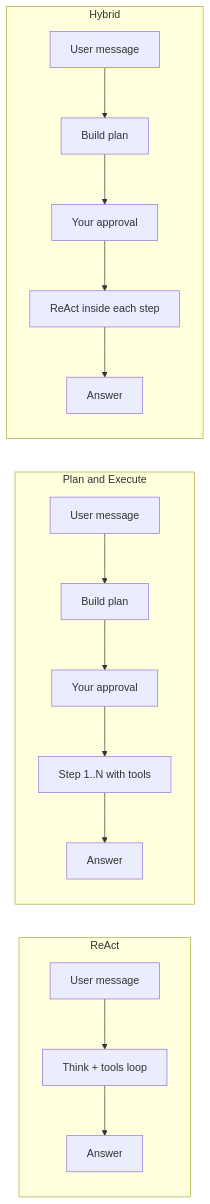
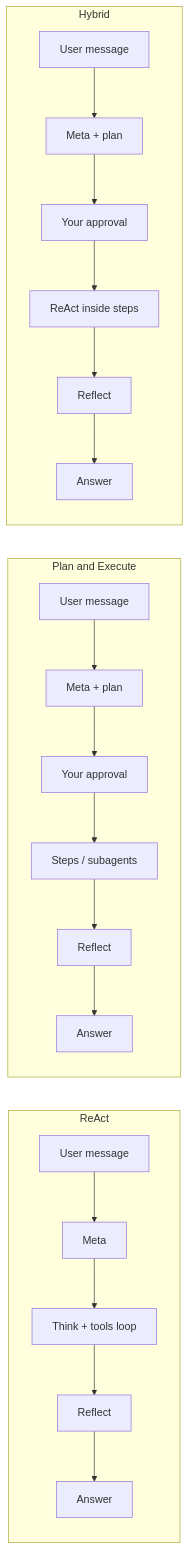
The diagram in docs/en/EXECUTION_MODES.md (javded-itres/Holix), drawn with Mermaid before and after one commit. The commit also changed other lines of this file and 88 other files, not shown here.

````diff
--- a/docs/en/EXECUTION_MODES.md
+++ b/docs/en/EXECUTION_MODES.md
@@ -27,21 +27,25 @@
 ```mermaid
 flowchart LR
   subgraph react [ReAct]
-    R1[User message] --> R2[Think + tools loop]
-    R2 --> R3[Answer]
+    R1[User message] --> R2[Meta]
+    R2 --> R3[Think + tools loop]
+    R3 --> R4[Reflect]
+    R4 --> R5[Answer]
   end
 
   subgraph plan [Plan and Execute]
-    P1[User message] --> P2[Build plan]
+    P1[User message] --> P2[Meta + plan]
     P2 --> P3[Your approval]
-    P3 --> P4[Step 1..N with tools]
-    P4 --> P5[Answer]
+    P3 --> P4[Steps / subagents]
+    P4 --> P5[Reflect]
+    P5 --> P6[Answer]
   end
 
   subgraph hybrid [Hybrid]
-    H1[User message] --> H2[Build plan]
+    H1[User message] --> H2[Meta + plan]
     H2 --> H3[Your approval]
-    H3 --> H4[ReAct inside each step]
-    H4 --> H5[Answer]
+    H3 --> H4[ReAct inside steps]
+    H4 --> H5[Reflect]
+    H5 --> H6[Answer]
   end
 ```
````
